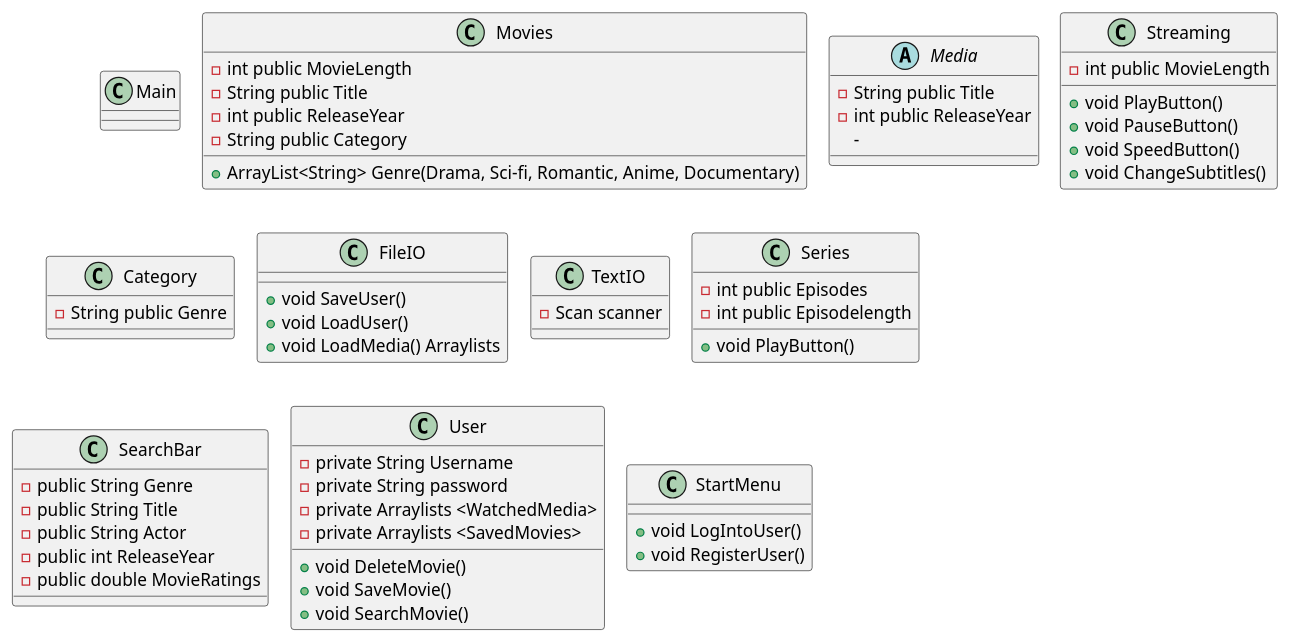
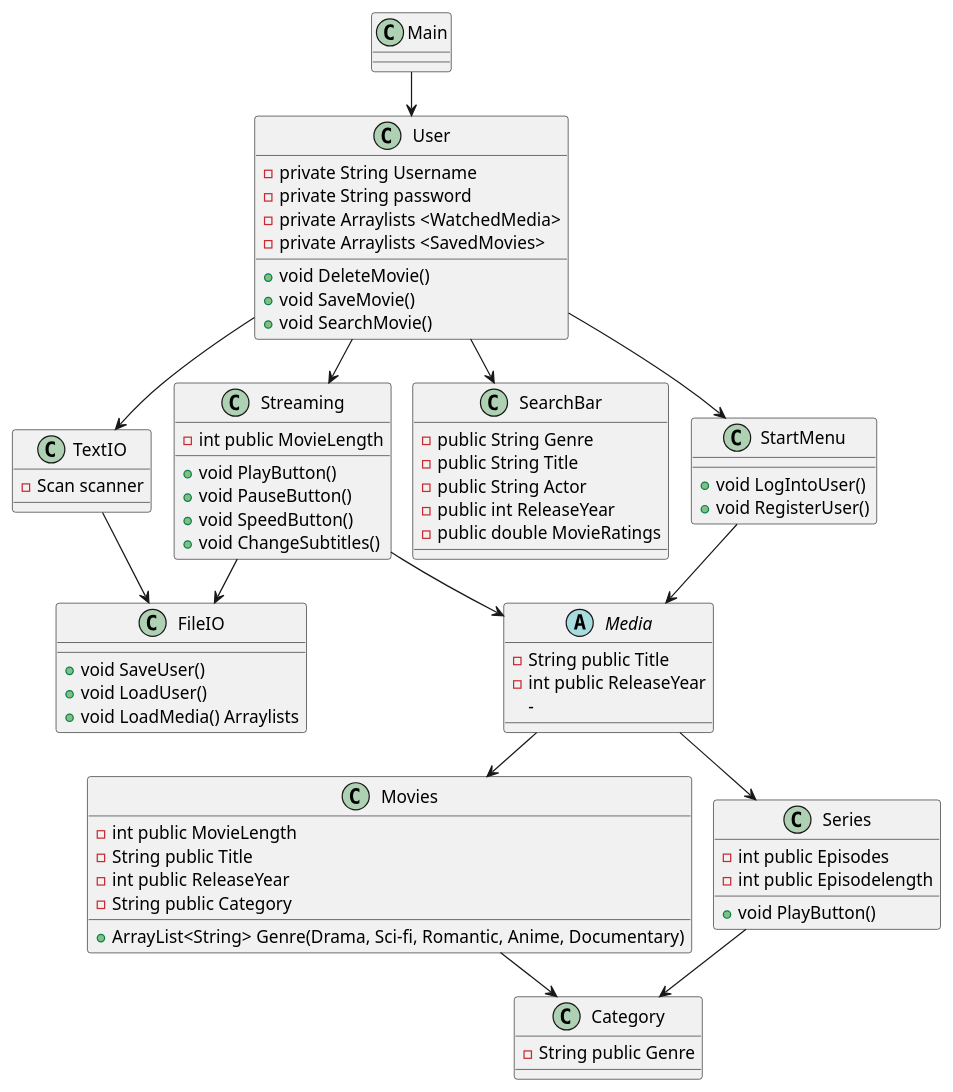
The diagram in src/Classdiagram.v0.puml (LauraRaun/Sp3Chill), drawn with PlantUML before and after one commit. The commit also changed 1 other file, not shown here.

```diff
--- a/src/Classdiagram.v0.puml
+++ b/src/Classdiagram.v0.puml
@@ -1,81 +1,94 @@
 @startuml
 'https://plantuml.com/class-diagram
 !pragma layout smetana
 
 class Main{
 
 }
 
 class Movies {
 - int public MovieLength
 - String public Title
 - int public ReleaseYear
 - String public Category
 + ArrayList<String> Genre(Drama, Sci-fi, Romantic, Anime, Documentary)
 
 }
 
 abstract class Media {
 - String public Title
 - int public ReleaseYear
 -
 }
 
 class Streaming {
 - int public MovieLength
 + void PlayButton()
 + void PauseButton()
 + void SpeedButton()
 + void ChangeSubtitles()
 
 
 }
 
 class Category {
 - String public Genre
 }
 
 class FileIO {
 + void SaveUser()
 + void LoadUser()
 + void LoadMedia() Arraylists
 
 }
 
 class TextIO {
 - Scan scanner
 }
 
 class Series {
 - int public Episodes
 - int public Episodelength
 + void PlayButton()
 }
 
 class SearchBar{
 - public String Genre
 - public String Title
 - public String Actor
 - public int ReleaseYear
 - public double MovieRatings
 }
 
 
 class User {
 - private String Username
 - private String password
 - private Arraylists <WatchedMedia>
 - private Arraylists <SavedMovies>
 +void DeleteMovie()
 +void SaveMovie()
 +void SearchMovie()
 }
 
 
 class StartMenu {
 +void LogIntoUser()
 +void RegisterUser()
 }
 
 
+Media --> Movies
+Media --> Series
+User --> StartMenu
+StartMenu --> Media
+User --> SearchBar
+Movies --> Category
+Series --> Category
+Main --> User
+User --> Streaming
+Streaming --> Media
+Streaming --> FileIO
+User --> TextIO
+TextIO --> FileIO
 @enduml
```
